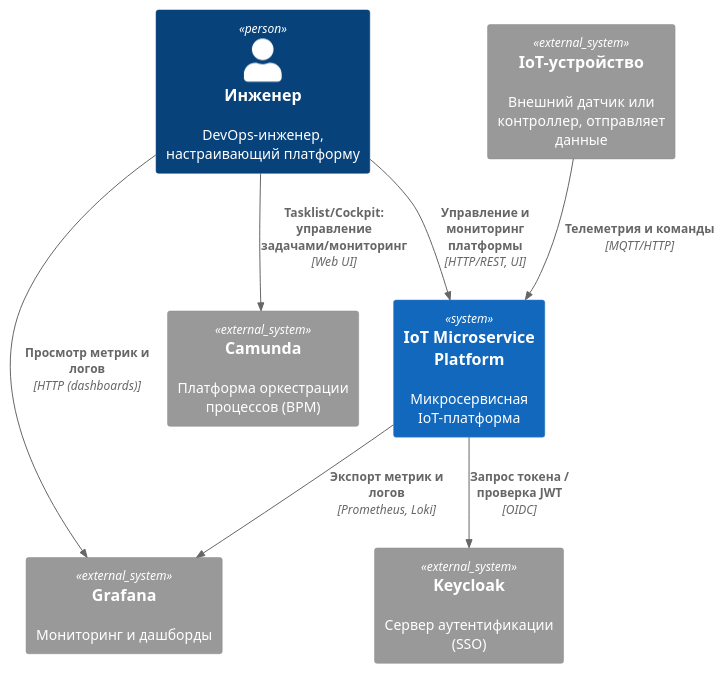
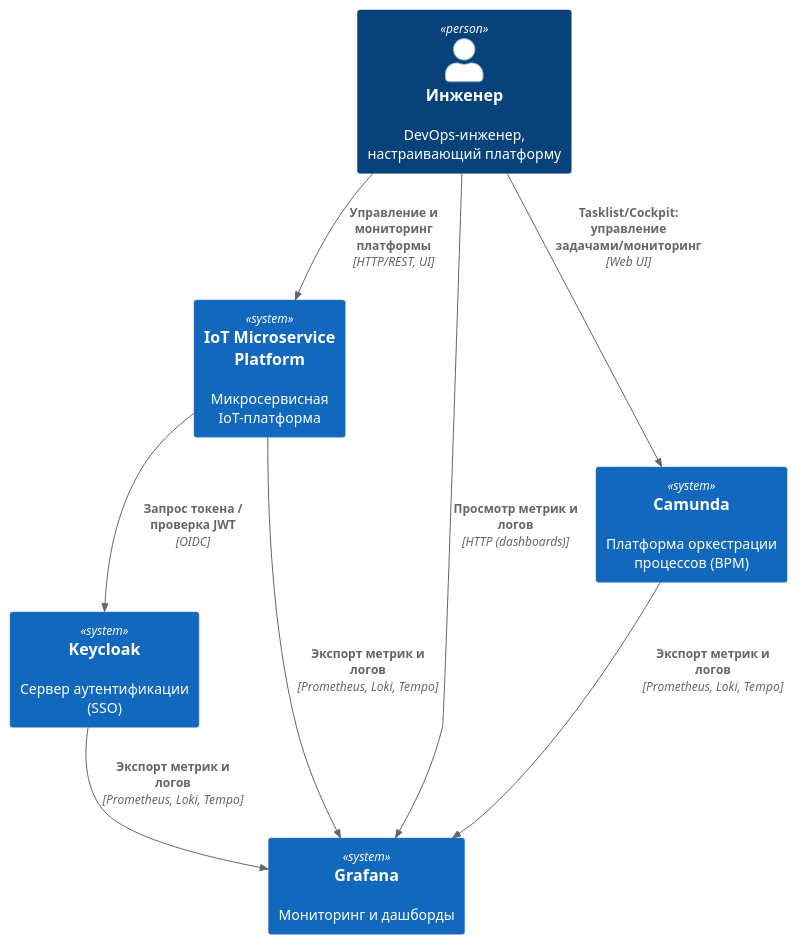
Before and after one commit to SinglePlayer56/iot: the diagram in diagrams/context.puml, drawn with PlantUML. The commit also changed 4 other files, not shown here.

Commit message:
Fixed diagrams. Added redis exporter. Added metric collection for Redis and Minio

```diff
--- a/diagrams/context.puml
+++ b/diagrams/context.puml
@@ -1,15 +1,15 @@
 @startuml
 !includeurl https://raw.githubusercontent.com/plantuml-stdlib/C4-PlantUML/master/C4_Context.puml
 Person(engineer, "Инженер", "DevOps-инженер, настраивающий платформу")
 System(System_IoT, "IoT Microservice Platform", "Микросервисная IoT-платформа")
-System_Ext(device, "IoT-устройство", "Внешний датчик или контроллер, отправляет данные")
-System_Ext(keycloak, "Keycloak", "Сервер аутентификации (SSO)")
-System_Ext(grafana, "Grafana", "Мониторинг и дашборды")
-System_Ext(camunda, "Camunda", "Платформа оркестрации процессов (BPM)")
+System(keycloak, "Keycloak", "Сервер аутентификации (SSO)")
+System(grafana, "Grafana", "Мониторинг и дашборды")
+System(camunda, "Camunda", "Платформа оркестрации процессов (BPM)")
 Rel(engineer, System_IoT, "Управление и мониторинг платформы", "HTTP/REST, UI")
-Rel(device, System_IoT, "Телеметрия и команды", "MQTT/HTTP")
 Rel(engineer, grafana, "Просмотр метрик и логов", "HTTP (dashboards)")
 Rel(System_IoT, keycloak, "Запрос токена / проверка JWT", "OIDC")
-Rel(System_IoT, grafana, "Экспорт метрик и логов", "Prometheus, Loki")
+Rel(System_IoT, grafana, "Экспорт метрик и логов", "Prometheus, Loki, Tempo")
+Rel(camunda, grafana, "Экспорт метрик и логов", "Prometheus, Loki, Tempo")
+Rel(keycloak, grafana, "Экспорт метрик и логов", "Prometheus, Loki, Tempo")
 Rel(engineer, camunda, "Tasklist/Cockpit: управление задачами/мониторинг", "Web UI")
 @enduml
```
